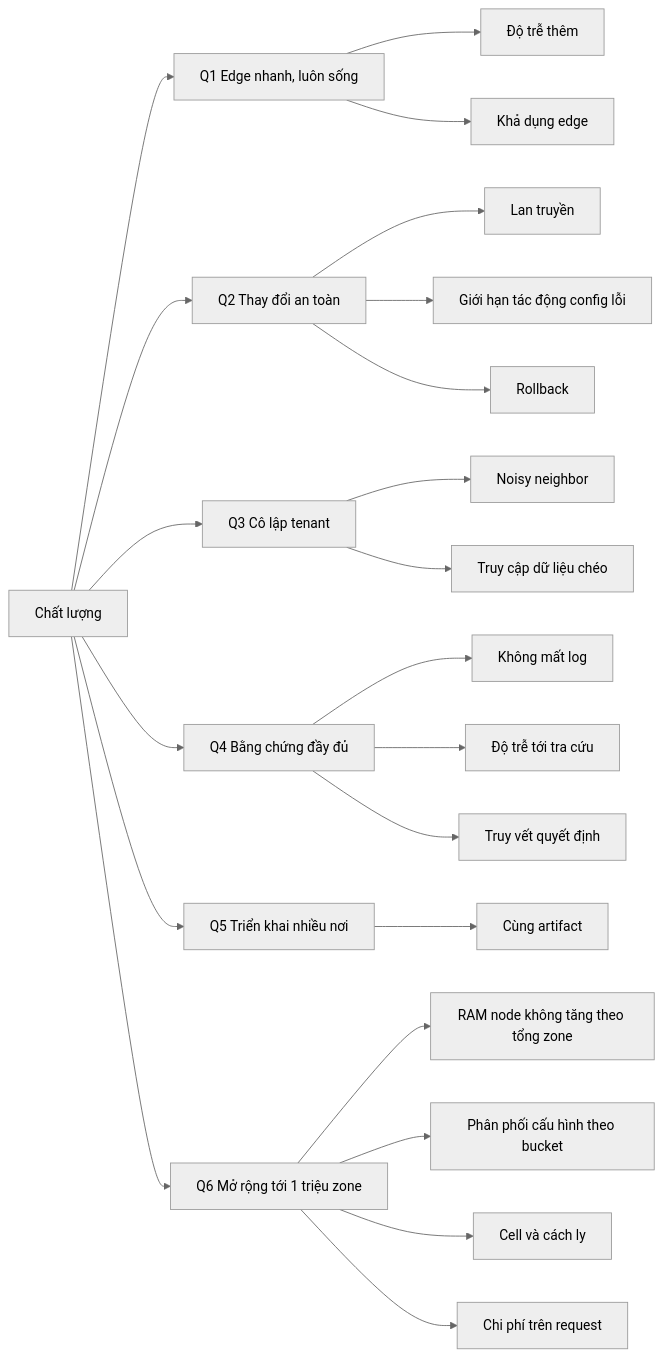
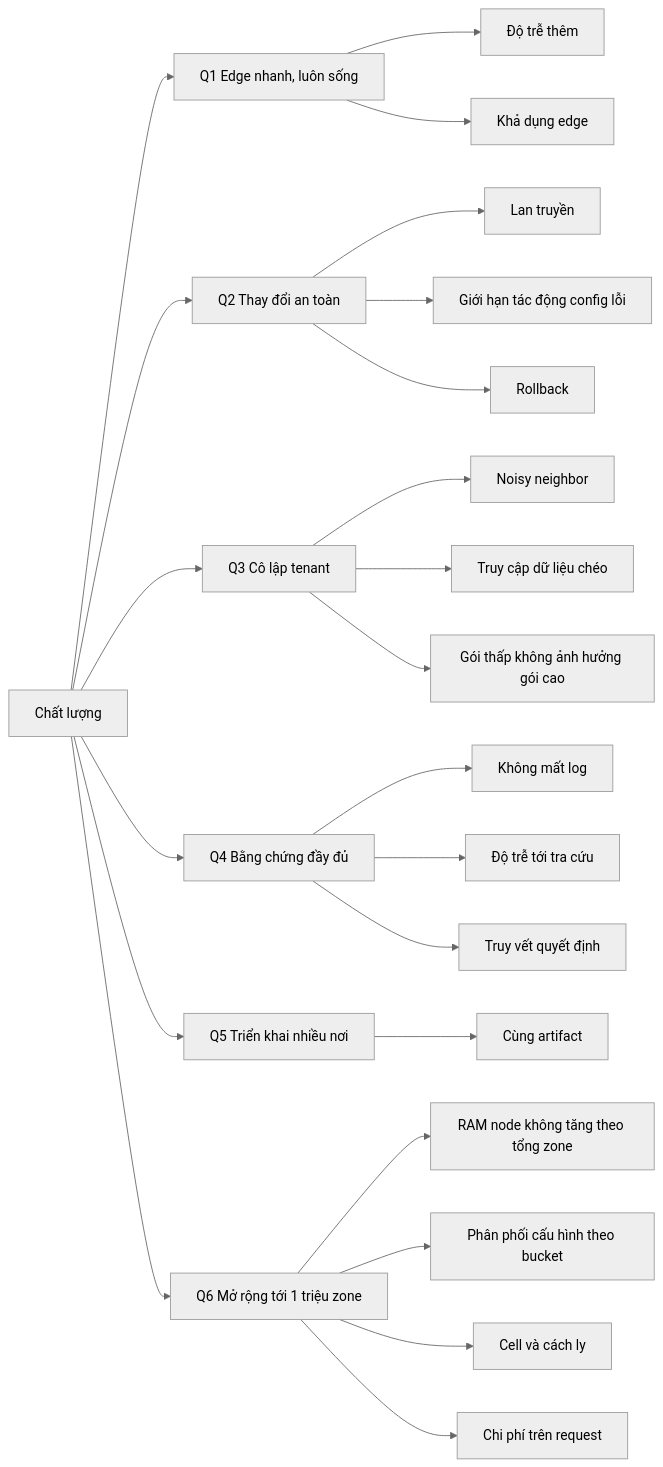
Before and after one commit to metap-org/metap-demo-waf: the diagram in docs/architecture/10-quality/00-index.md, drawn with Mermaid (neutral theme). The commit also changed other lines of this file and 10 other files, not shown here.

First line of the commit message:
docs: customer segments, plan tiers and tier-driven architecture

````diff
--- a/docs/architecture/10-quality/00-index.md
+++ b/docs/architecture/10-quality/00-index.md
@@ -28,25 +28,26 @@
 ```mermaid
 flowchart LR
     q["Chất lượng"]
     q --> q1["Q1 Edge nhanh, luôn sống"]
     q --> q2["Q2 Thay đổi an toàn"]
     q --> q3["Q3 Cô lập tenant"]
     q --> q4["Q4 Bằng chứng đầy đủ"]
     q --> q5["Q5 Triển khai nhiều nơi"]
     q --> q6["Q6 Mở rộng tới 1 triệu zone"]
     q1 --> l1["Độ trễ thêm"]
     q1 --> l2["Khả dụng edge"]
     q2 --> s1["Lan truyền"]
     q2 --> s2["Giới hạn tác động config lỗi"]
     q2 --> s3["Rollback"]
     q3 --> t1["Noisy neighbor"]
     q3 --> t2["Truy cập dữ liệu chéo"]
+    q3 --> t3["Gói thấp không ảnh hưởng gói cao"]
     q4 --> e1["Không mất log"]
     q4 --> e2["Độ trễ tới tra cứu"]
     q4 --> e3["Truy vết quyết định"]
     q5 --> p1["Cùng artifact"]
     q6 --> m1["RAM node không tăng theo tổng zone"]
     q6 --> m2["Phân phối cấu hình theo bucket"]
     q6 --> m3["Cell và cách ly"]
     q6 --> m4["Chi phí trên request"]
 ```
````
